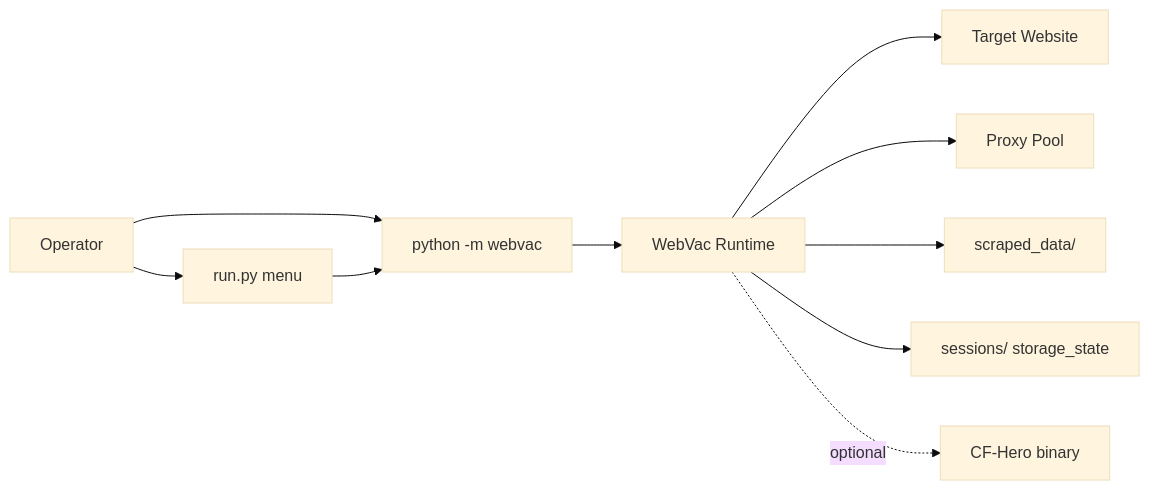
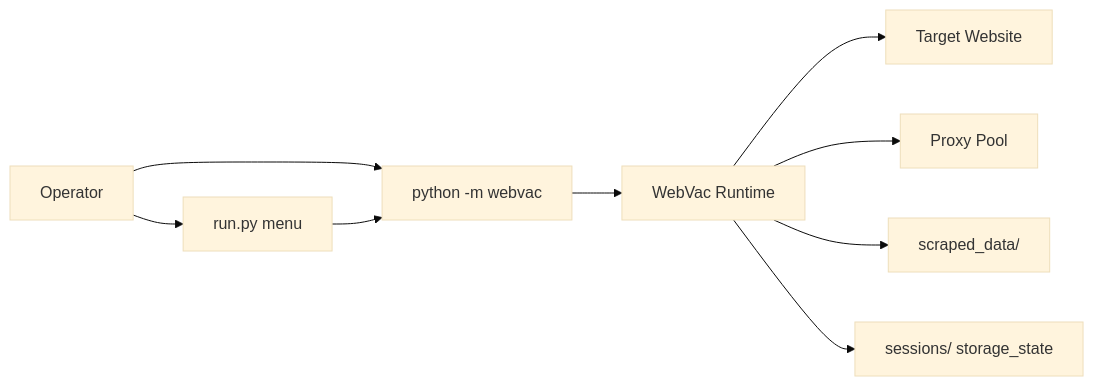
Before and after one commit to Shellghostt/WebVac: the first of 5 diagrams in docs/ARCHITECTURE.md, drawn with Mermaid (base theme). The commit also changed other lines of this file and 13 other files, not shown here.

````diff
--- a/docs/ARCHITECTURE.md
+++ b/docs/ARCHITECTURE.md
@@ -18,12 +18,11 @@
 ```mermaid
 flowchart LR
   User["Operator"] --> Run["run.py menu"]
   User --> CLI["python -m webvac"]
   Run --> CLI
   CLI --> WebVac["WebVac Runtime"]
   WebVac --> Target["Target Website"]
   WebVac --> Proxy["Proxy Pool"]
   WebVac --> Disk["scraped_data/"]
   WebVac --> Sess["sessions/ storage_state"]
-  WebVac -.->|optional| CFHero["CF-Hero binary"]
 ```
````
